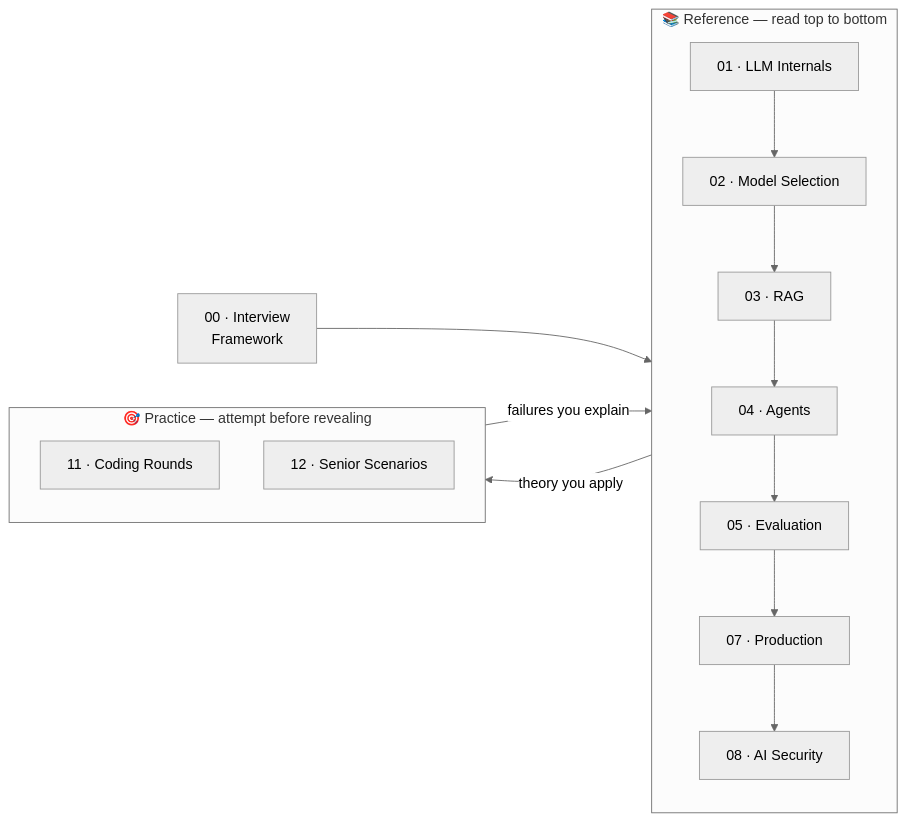
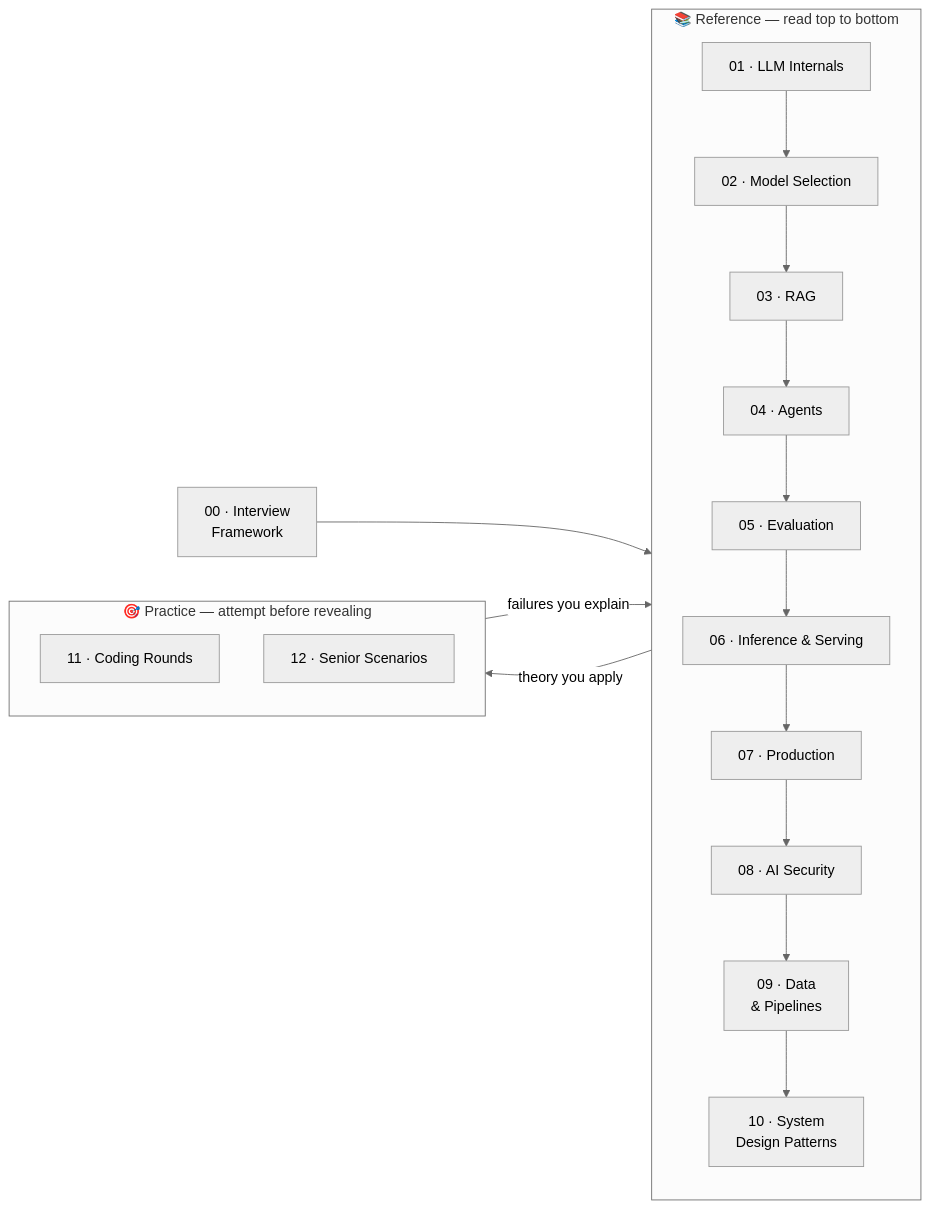
The diagram in README.md (Laleeth/The-AI-Engineer-s-Playbook), drawn with Mermaid (neutral theme) before and after one commit. The commit also changed other lines of this file and 103 other files, not shown here.

````diff
--- a/README.md
+++ b/README.md
@@ -67,23 +67,26 @@
 ```mermaid
 flowchart LR
     G["00 · Interview<br/>Framework"] --> REF
 
     subgraph REF["📚 Reference — read top to bottom"]
         direction TB
         Z["01 · LLM Internals"] --> A["02 · Model Selection"]
         A --> B["03 · RAG"]
         B --> C["04 · Agents"]
         C --> D["05 · Evaluation"]
-        D --> P["07 · Production"]
+        D --> I["06 · Inference & Serving"]
+        I --> P["07 · Production"]
         P --> S["08 · AI Security"]
+        S --> DP["09 · Data<br/>& Pipelines"]
+        DP --> SD["10 · System<br/>Design Patterns"]
     end
 
     subgraph PRAC["🎯 Practice — attempt before revealing"]
         direction TB
         E["11 · Coding Rounds"]
         F["12 · Senior Scenarios"]
     end
 
     REF -->|"theory you apply"| PRAC
     PRAC -->|"failures you explain"| REF
 ```
````
